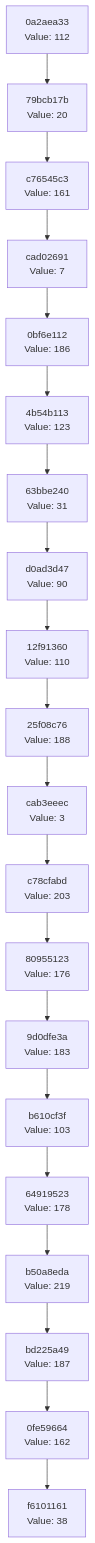
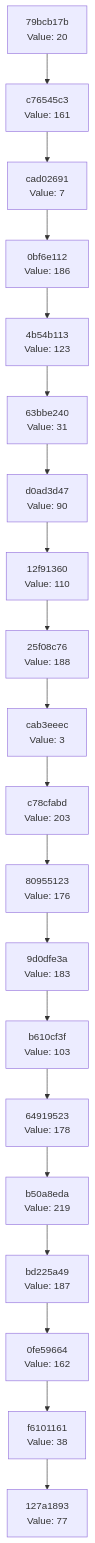
One commit to Abhisheksinha1506/hash-chain-evolver changed the diagram in docs/CHAIN_VISUALIZATION.md. Above: the diagram before and after it, drawn with Mermaid. The commit also changed 3 other files, not shown here.

````diff
--- a/docs/CHAIN_VISUALIZATION.md
+++ b/docs/CHAIN_VISUALIZATION.md
@@ -3,42 +3,42 @@
 ```mermaid
 graph TD
-    C0["f6101161<br/>Value: 38"]
-    C1["0fe59664<br/>Value: 162"]
+    C0["127a1893<br/>Value: 77"]
+    C1["f6101161<br/>Value: 38"]
     C1 --> C0
-    C2["bd225a49<br/>Value: 187"]
+    C2["0fe59664<br/>Value: 162"]
     C2 --> C1
-    C3["b50a8eda<br/>Value: 219"]
+    C3["bd225a49<br/>Value: 187"]
     C3 --> C2
-    C4["64919523<br/>Value: 178"]
+    C4["b50a8eda<br/>Value: 219"]
     C4 --> C3
-    C5["b610cf3f<br/>Value: 103"]
+    C5["64919523<br/>Value: 178"]
     C5 --> C4
-    C6["9d0dfe3a<br/>Value: 183"]
+    C6["b610cf3f<br/>Value: 103"]
     C6 --> C5
-    C7["80955123<br/>Value: 176"]
+    C7["9d0dfe3a<br/>Value: 183"]
     C7 --> C6
-    C8["c78cfabd<br/>Value: 203"]
+    C8["80955123<br/>Value: 176"]
     C8 --> C7
-    C9["cab3eeec<br/>Value: 3"]
+    C9["c78cfabd<br/>Value: 203"]
     C9 --> C8
-    C10["25f08c76<br/>Value: 188"]
+    C10["cab3eeec<br/>Value: 3"]
     C10 --> C9
-    C11["12f91360<br/>Value: 110"]
+    C11["25f08c76<br/>Value: 188"]
     C11 --> C10
-    C12["d0ad3d47<br/>Value: 90"]
+    C12["12f91360<br/>Value: 110"]
     C12 --> C11
-    C13["63bbe240<br/>Value: 31"]
+    C13["d0ad3d47<br/>Value: 90"]
     C13 --> C12
-    C14["4b54b113<br/>Value: 123"]
+    C14["63bbe240<br/>Value: 31"]
     C14 --> C13
-    C15["0bf6e112<br/>Value: 186"]
+    C15["4b54b113<br/>Value: 123"]
     C15 --> C14
-    C16["cad02691<br/>Value: 7"]
+    C16["0bf6e112<br/>Value: 186"]
     C16 --> C15
-    C17["c76545c3<br/>Value: 161"]
+    C17["cad02691<br/>Value: 7"]
     C17 --> C16
-    C18["79bcb17b<br/>Value: 20"]
+    C18["c76545c3<br/>Value: 161"]
     C18 --> C17
-    C19["0a2aea33<br/>Value: 112"]
+    C19["79bcb17b<br/>Value: 20"]
     C19 --> C18
 ```
````
